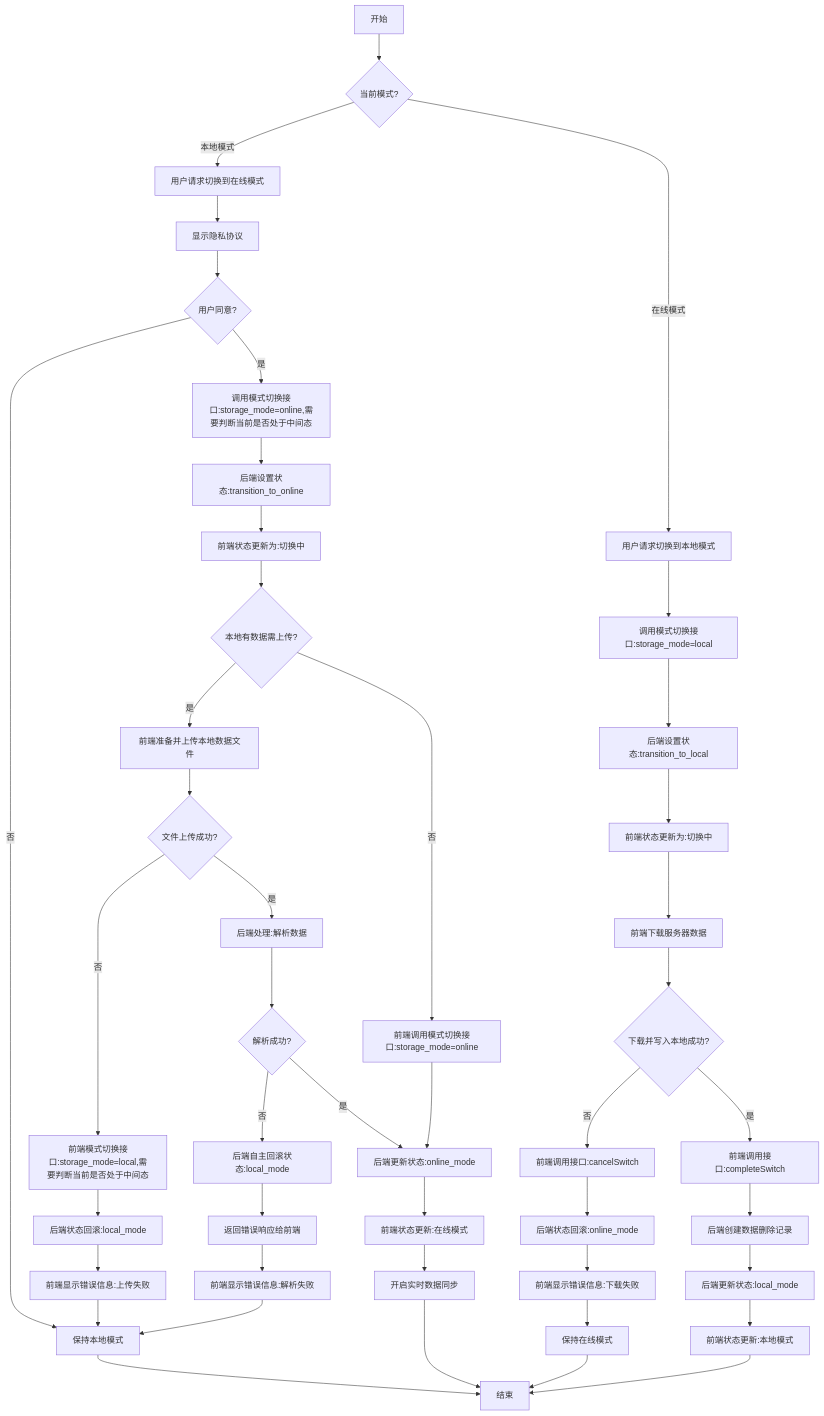
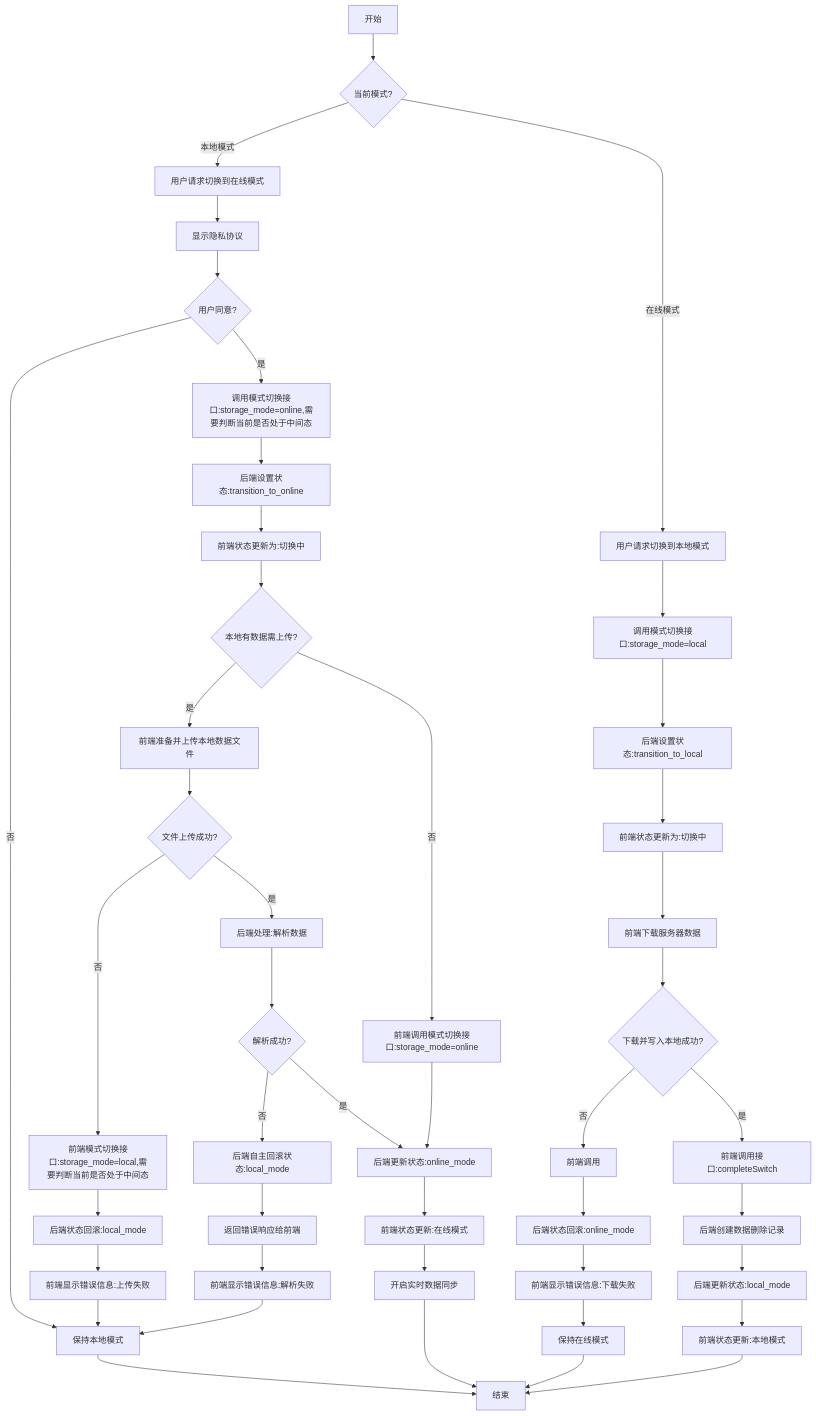
Before and after one commit to yingjianzh/iodraw-files: the diagram in all/未命名-58.md, drawn with Mermaid.

Commit message:
2025-05-14 10:47:34 update

````diff
--- a/all/未命名-58.md
+++ b/all/未命名-58.md
@@ -1,68 +1,68 @@
 ```mermaid
 flowchart TD
     A[开始] --> B{当前模式?}
     
     %% 本地模式转在线模式
     B -->|本地模式| C[用户请求切换到在线模式]
     C --> D[显示隐私协议]
     D --> E{用户同意?}
 
     E -->|否| F[保持本地模式]
     F --> Z[结束]
     
     E -->|是| G[调用模式切换接口:storage_mode=online,需要判断当前是否处于中间态]
     G --> H[后端设置状态:transition_to_online]
     H --> I[前端状态更新为:切换中]
     
     I --> J{本地有数据需上传?}
     
     %% 有本地数据需上传的情况
     J -->|是| K[前端准备并上传本地数据文件]
     K --> L{文件上传成功?}
     
     %% 上传失败的情况
     L -->|否| M[前端模式切换接口:storage_mode=local,需要判断当前是否处于中间态]
     M --> N[后端状态回滚:local_mode]
     N --> O[前端显示错误信息:上传失败]
     O --> F
     
     %% 上传成功但解析失败的情况
     L -->|是| P[后端处理:解析数据]
     P --> Q{解析成功?}
     Q -->|否| R[后端自主回滚状态:local_mode]
     R --> S[返回错误响应给前端]
     S --> T[前端显示错误信息:解析失败]
     T --> F
     
     %% 全部成功的情况
     Q -->|是| U[后端更新状态:online_mode]
     J -->|否| V[前端调用模式切换接口:storage_mode=online]
     V --> U
     
     U --> W[前端状态更新:在线模式]
     W --> X[开启实时数据同步]
     X --> Z
     
     %% 在线模式转本地模式
     B -->|在线模式| AA[用户请求切换到本地模式]
     AA --> AB[调用模式切换接口:storage_mode=local]
     AB --> AC[后端设置状态:transition_to_local]
     AC --> AD[前端状态更新为:切换中]
     
     AD --> AE[前端下载服务器数据]
     AE --> AF{下载并写入本地成功?}
     
     %% 下载失败的情况
-    AF -->|否| AG[前端调用接口:cancelSwitch]
+    AF -->|否| AG[前端调用]
     AG --> AH[后端状态回滚:online_mode]
     AH --> AI[前端显示错误信息:下载失败]
     AI --> AJ[保持在线模式]
     AJ --> Z
     
     %% 下载成功的情况
     AF -->|是| AK[前端调用接口:completeSwitch]
     AK --> AL[后端创建数据删除记录]
     AL --> AM[后端更新状态:local_mode]
     AM --> AN[前端状态更新:本地模式]
     AN --> Z
 ```
````
